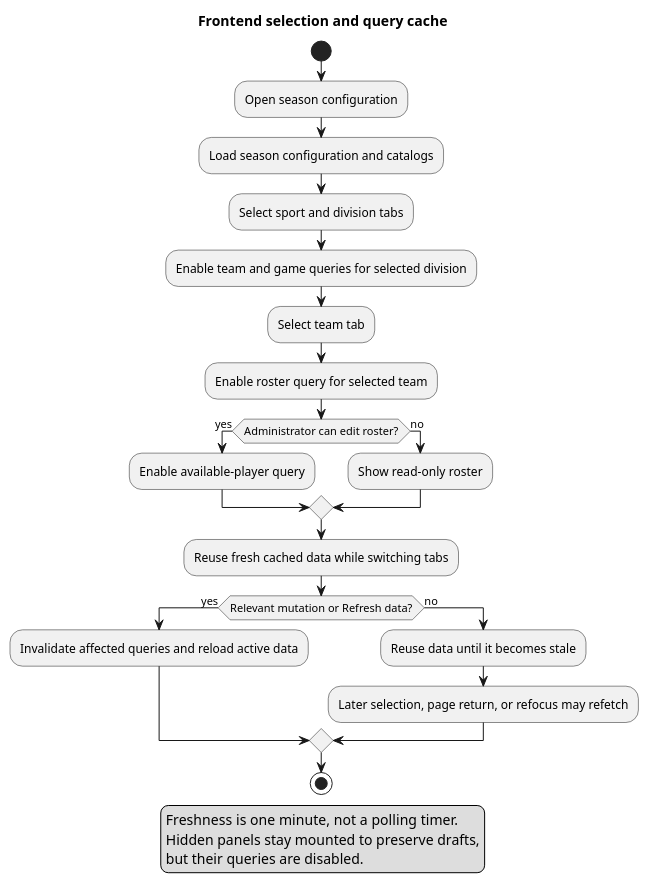
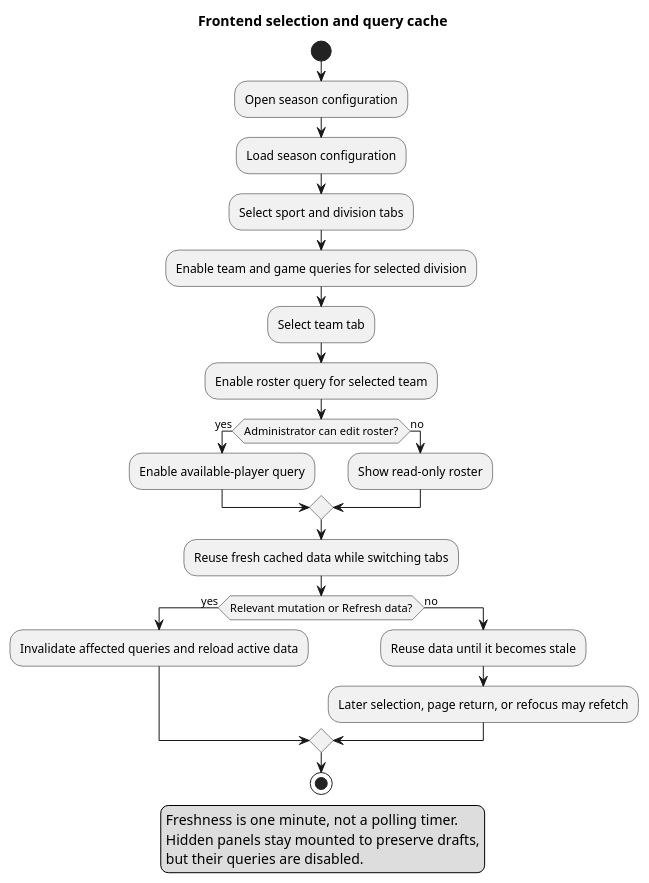
Before and after one commit to inamonanymous/BarangayLeagueSystem: the diagram in docs/diagrams/flowcharts/17-frontend-query-cache.puml, drawn with PlantUML. The commit also changed 108 other files, not shown here.

```diff
--- a/docs/diagrams/flowcharts/17-frontend-query-cache.puml
+++ b/docs/diagrams/flowcharts/17-frontend-query-cache.puml
@@ -1,29 +1,29 @@
 @startuml
 title Frontend selection and query cache
 skinparam shadowing false
 start
 :Open season configuration;
-:Load season configuration and catalogs;
+:Load season configuration;
 :Select sport and division tabs;
 :Enable team and game queries for selected division;
 :Select team tab;
 :Enable roster query for selected team;
 if (Administrator can edit roster?) then (yes)
   :Enable available-player query;
 else (no)
   :Show read-only roster;
 endif
 :Reuse fresh cached data while switching tabs;
 if (Relevant mutation or Refresh data?) then (yes)
   :Invalidate affected queries and reload active data;
 else (no)
   :Reuse data until it becomes stale;
   :Later selection, page return, or refocus may refetch;
 endif
 stop
 legend bottom
   Freshness is one minute, not a polling timer.
   Hidden panels stay mounted to preserve drafts,
   but their queries are disabled.
 endlegend
 @enduml
```
